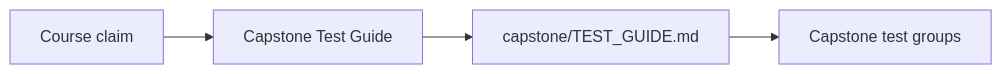
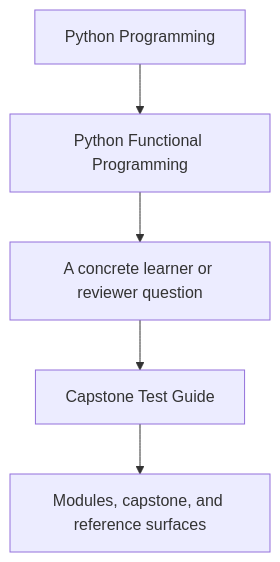
The first of 2 diagrams in programs/python-programming/python-functional-programming/course-book/guides/capstone-test-guide.md (bijux/bijux-masterclass), drawn with Mermaid before and after one commit. The commit also changed other lines of this file and 23 other files, not shown here.

Commit message:
docs(python-functional-programming): sharpen guide and reference diagrams

````diff
--- a/programs/python-programming/python-functional-programming/course-book/guides/capstone-test-guide.md
+++ b/programs/python-programming/python-functional-programming/course-book/guides/capstone-test-guide.md
@@ -7,6 +7,7 @@
 ```mermaid
-graph LR
-  course["Course claim"] --> bridge["Capstone Test Guide"]
-  bridge --> local["capstone/TEST_GUIDE.md"]
-  local --> tests["Capstone test groups"]
+flowchart TD
+  family["Python Programming"] --> program["Python Functional Programming"]
+  program --> pressure["A concrete learner or reviewer question"]
+  pressure --> guide["Capstone Test Guide"]
+  guide --> next["Modules, capstone, and reference surfaces"]
 ```
````
